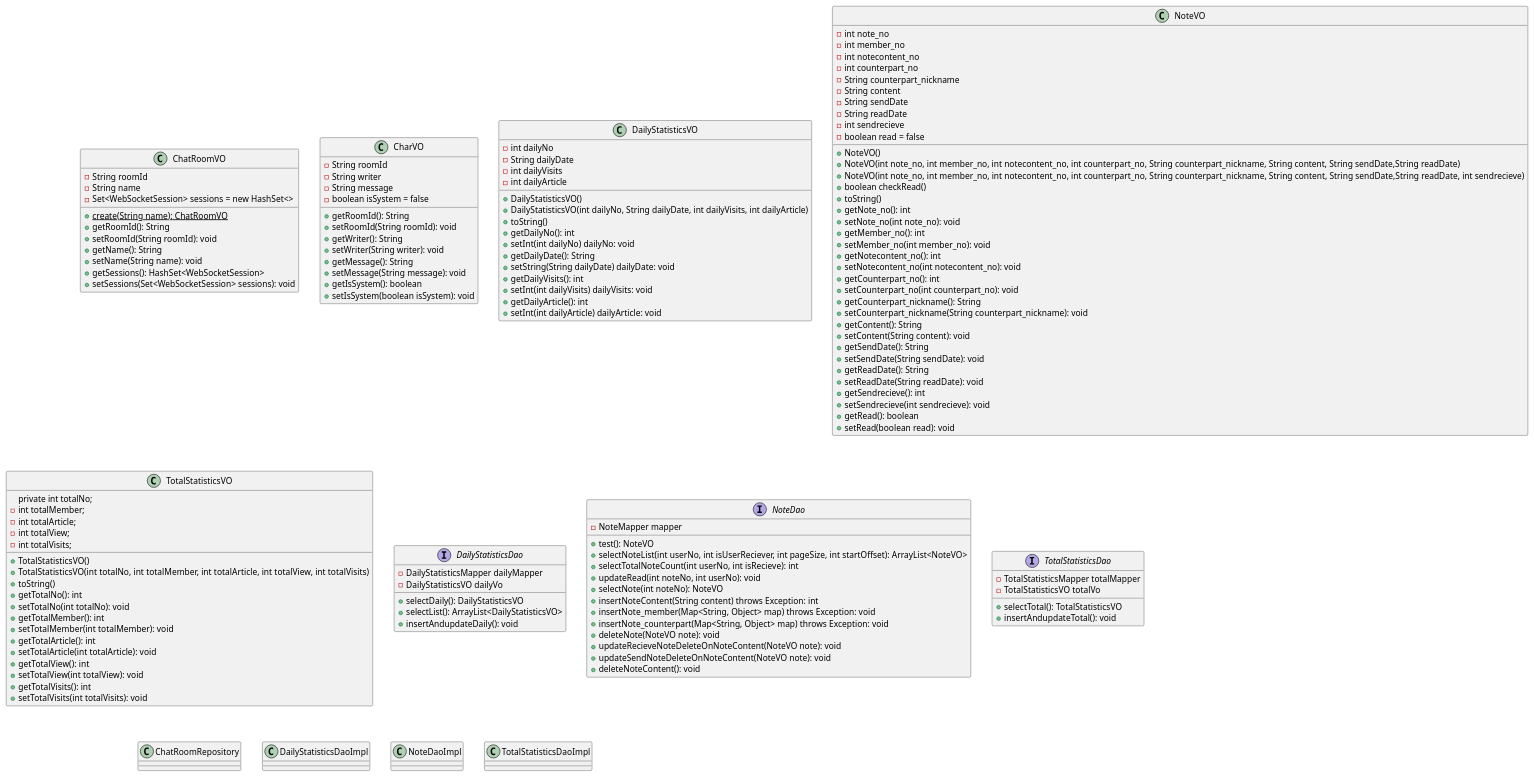
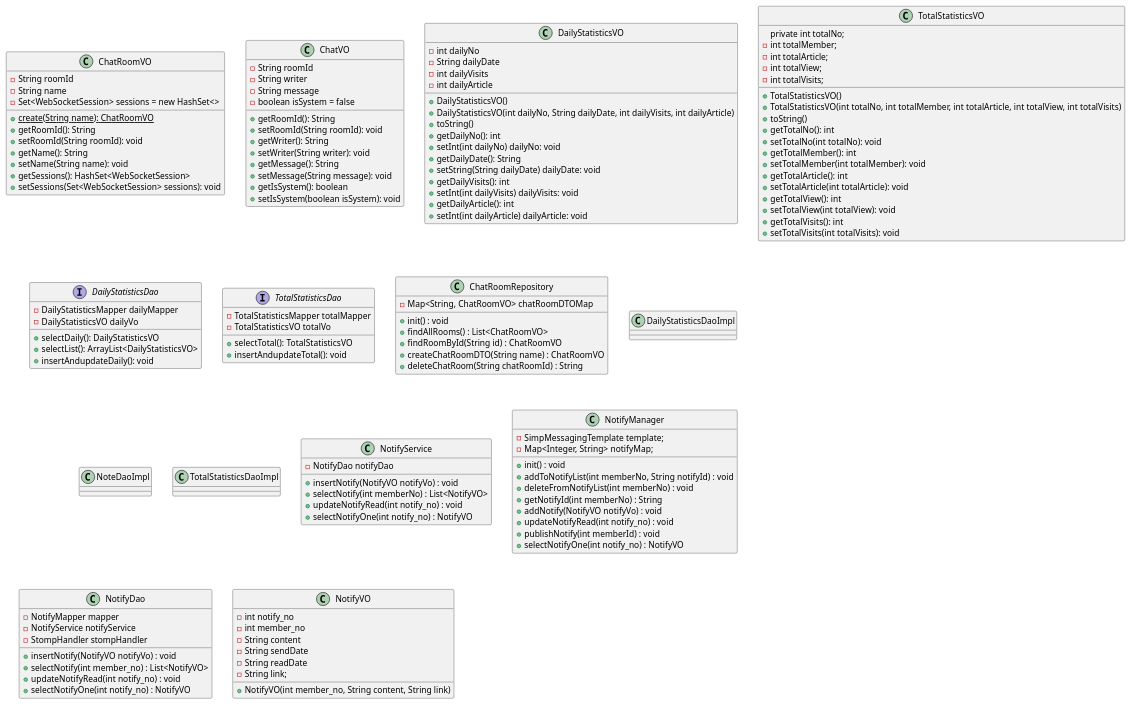
Before and after one commit to jollypyun/musicat-react-backend: the diagram in EtcDiagram.puml, drawn with PlantUML.

Commit message:
클래스다이어그램

```diff
--- a/EtcDiagram.puml
+++ b/EtcDiagram.puml
@@ -1,158 +1,157 @@
 @startuml
 'https://plantuml.com/class-diagram
 
 ' -- etc--
 class ChatRoomVO{
 - String roomId
 - String name
 - Set<WebSocketSession> sessions = new HashSet<>
 
 + {static} create(String name): ChatRoomVO
 + getRoomId(): String
 + setRoomId(String roomId): void
 + getName(): String
 + setName(String name): void
 + getSessions(): HashSet<WebSocketSession>
 + setSessions(Set<WebSocketSession> sessions): void
 }
 
-class CharVO{
+class ChatVO{
 - String roomId
 - String writer
 - String message
 - boolean isSystem = false
 
 + getRoomId(): String
 + setRoomId(String roomId): void
 + getWriter(): String
 + setWriter(String writer): void
 + getMessage(): String
 + setMessage(String message): void
 + getIsSystem(): boolean
 + setIsSystem(boolean isSystem): void
 }
 
 class DailyStatisticsVO{
 - int dailyNo
 - String dailyDate
 - int dailyVisits
 - int dailyArticle
 
 + DailyStatisticsVO()
 + DailyStatisticsVO(int dailyNo, String dailyDate, int dailyVisits, int dailyArticle)
 + toString()
 + getDailyNo(): int
 + setInt(int dailyNo) dailyNo: void
 + getDailyDate(): String
 + setString(String dailyDate) dailyDate: void
 + getDailyVisits(): int
 + setInt(int dailyVisits) dailyVisits: void
 + getDailyArticle(): int
 + setInt(int dailyArticle) dailyArticle: void
 }
 
-class NoteVO{
-- int note_no
-- int member_no
-- int notecontent_no
-- int counterpart_no
-- String counterpart_nickname
-- String content
-- String sendDate
-- String readDate
-- int sendrecieve
-- boolean read = false
-
-+ NoteVO()
-+ NoteVO(int note_no, int member_no, int notecontent_no, int counterpart_no, String counterpart_nickname, String content, String sendDate,String readDate)
-+ NoteVO(int note_no, int member_no, int notecontent_no, int counterpart_no, String counterpart_nickname, String content, String sendDate,String readDate, int sendrecieve)
-+ boolean checkRead()
-+ toString()
-+ getNote_no(): int
-+ setNote_no(int note_no): void
-+ getMember_no(): int
-+ setMember_no(int member_no): void
-+ getNotecontent_no(): int
-+ setNotecontent_no(int notecontent_no): void
-+ getCounterpart_no(): int
-+ setCounterpart_no(int counterpart_no): void
-+ getCounterpart_nickname(): String
-+ setCounterpart_nickname(String counterpart_nickname): void
-+ getContent(): String
-+ setContent(String content): void
-+ getSendDate(): String
-+ setSendDate(String sendDate): void
-+ getReadDate(): String
-+ setReadDate(String readDate): void
-+ getSendrecieve(): int
-+ setSendrecieve(int sendrecieve): void
-+ getRead(): boolean
-+ setRead(boolean read): void
-}
 
 class TotalStatisticsVO{
 private int totalNo;
 - int totalMember;
 - int totalArticle;
 - int totalView;
 - int totalVisits;
 
 + TotalStatisticsVO()
 + TotalStatisticsVO(int totalNo, int totalMember, int totalArticle, int totalView, int totalVisits)
 + toString()
 + getTotalNo(): int
 + setTotalNo(int totalNo): void
 + getTotalMember(): int
 + setTotalMember(int totalMember): void
 + getTotalArticle(): int
 + setTotalArticle(int totalArticle): void
 + getTotalView(): int
 + setTotalView(int totalView): void
 + getTotalVisits(): int
 + setTotalVisits(int totalVisits): void
 }
 
 
 
 ' -------------------  etc -----------------------
 interface DailyStatisticsDao{
 - DailyStatisticsMapper dailyMapper
 - DailyStatisticsVO dailyVo
 
 + selectDaily(): DailyStatisticsVO
 + selectList(): ArrayList<DailyStatisticsVO>
 + insertAndupdateDaily(): void
 }
 
-interface NoteDao{
-- NoteMapper mapper
-
-+ test(): NoteVO
-+ selectNoteList(int userNo, int isUserReciever, int pageSize, int startOffset): ArrayList<NoteVO>
-+ selectTotalNoteCount(int userNo, int isRecieve): int
-+ updateRead(int noteNo, int userNo): void
-+ selectNote(int noteNo): NoteVO
-+ insertNoteContent(String content) throws Exception: int
-+ insertNote_member(Map<String, Object> map) throws Exception: void
-+ insertNote_counterpart(Map<String, Object> map) throws Exception: void
-+ deleteNote(NoteVO note): void
-+ updateRecieveNoteDeleteOnNoteContent(NoteVO note): void
-+ updateSendNoteDeleteOnNoteContent(NoteVO note): void
-+ deleteNoteContent(): void
-}
 
 interface TotalStatisticsDao{
 - TotalStatisticsMapper totalMapper
 - TotalStatisticsVO totalVo
 
 + selectTotal(): TotalStatisticsVO
 + insertAndupdateTotal(): void
 }
 
 ' 그려주세요
-class ChatRoomRepository{}
+class ChatRoomRepository{
+- Map<String, ChatRoomVO> chatRoomDTOMap
+
++ init() : void
++ findAllRooms() : List<ChatRoomVO>
++ findRoomById(String id) : ChatRoomVO
++ createChatRoomDTO(String name) : ChatRoomVO
++ deleteChatRoom(String chatRoomId) : String
+}
 class DailyStatisticsDaoImpl
 class NoteDaoImpl
 class TotalStatisticsDaoImpl
 
+class NotifyService {
+- NotifyDao notifyDao
+
++ insertNotify(NotifyVO notifyVo) : void
++ selectNotify(int memberNo) : List<NotifyVO>
++ updateNotifyRead(int notify_no) : void
++ selectNotifyOne(int notify_no) : NotifyVO
+}
+
+class NotifyManager{
+- SimpMessagingTemplate template;
+- Map<Integer, String> notifyMap;
+
++ init() : void
++ addToNotifyList(int memberNo, String notifyId) : void
++ deleteFromNotifyList(int memberNo) : void
++ getNotifyId(int memberNo) : String
++ addNotify(NotifyVO notifyVo) : void
++ updateNotifyRead(int notify_no) : void
++ publishNotify(int memberId) : void
++ selectNotifyOne(int notify_no) : NotifyVO
+}
+
+class NotifyDao {
+- NotifyMapper mapper
+- NotifyService notifyService
+- StompHandler stompHandler
+
++ insertNotify(NotifyVO notifyVo) : void
++ selectNotify(int member_no) : List<NotifyVO>
++ updateNotifyRead(int notify_no) : void
++ selectNotifyOne(int notify_no) : NotifyVO
+}
+
+class NotifyVO{
+- int notify_no
+- int member_no
+- String content
+- String sendDate
+- String readDate
+- String link;
+
++ NotifyVO(int member_no, String content, String link)
+}
+
 @enduml
```
